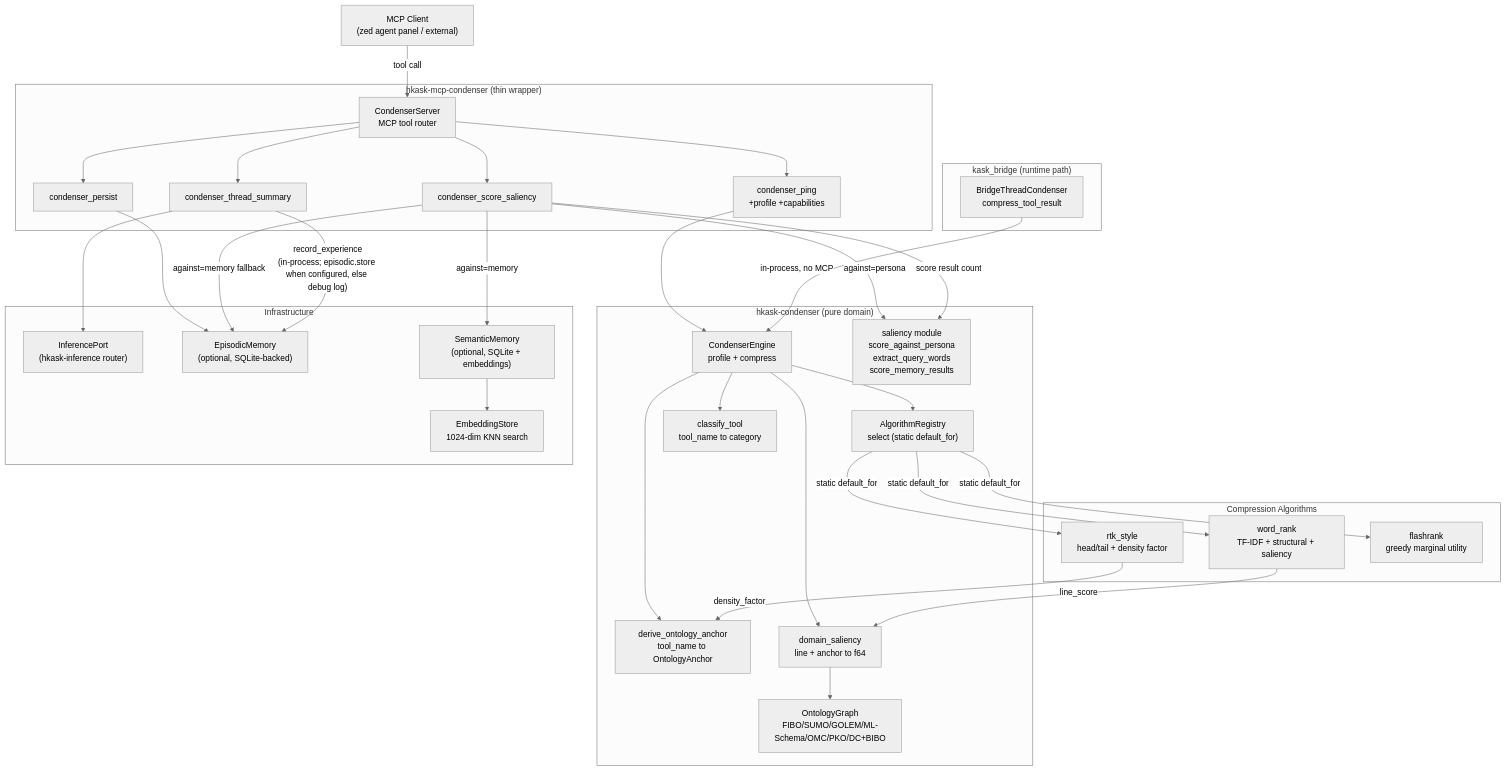
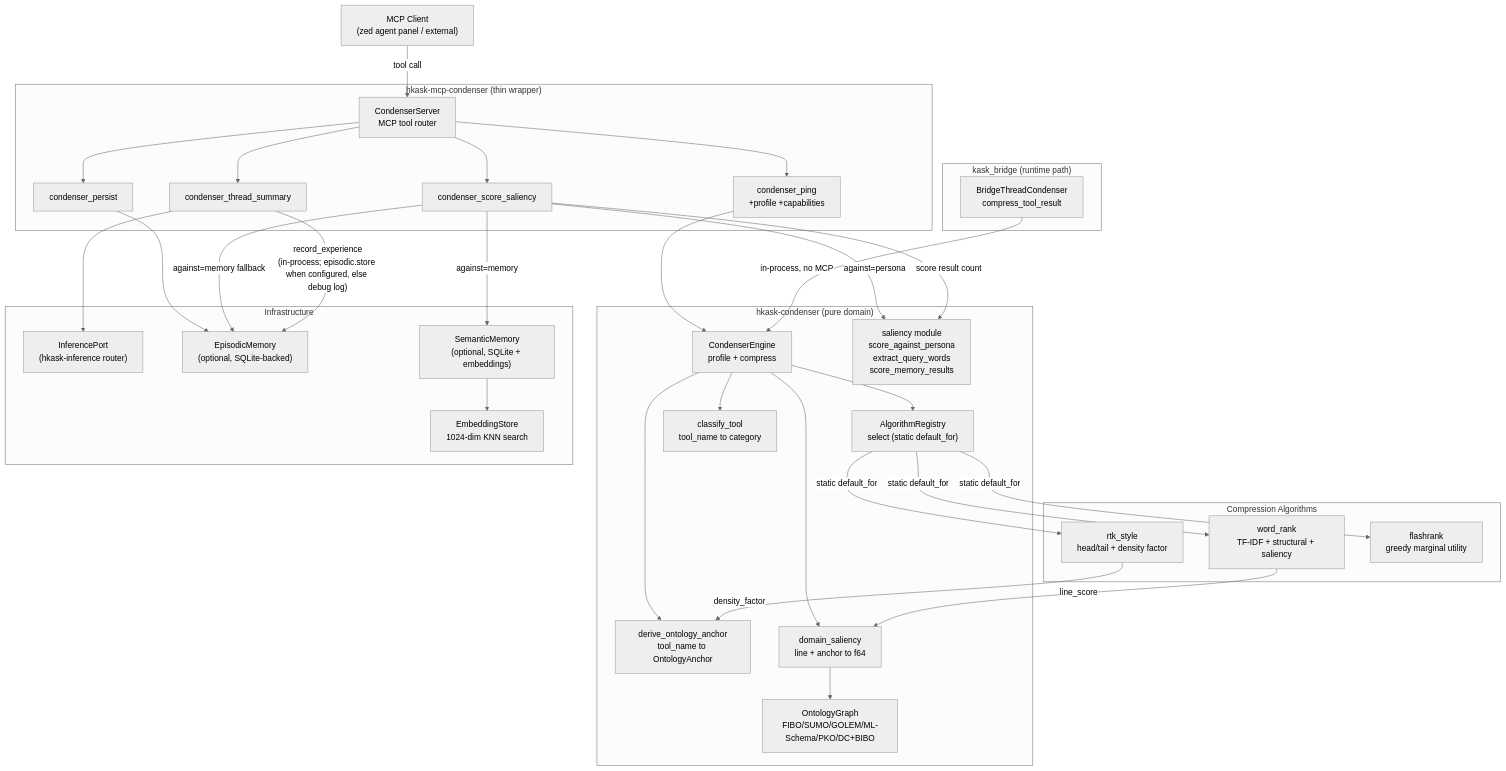
One commit to mdz-axo/zed-kask changed the diagram in kask/docs/reference/mcp-servers/condenser.md. Above: the diagram before and after it, drawn with Mermaid (neutral theme). The commit also changed 22 other files, not shown here.

Commit message:
``` Remove OMC ontology and media widget, add condenser axis ```

````diff
--- a/kask/docs/reference/mcp-servers/condenser.md
+++ b/kask/docs/reference/mcp-servers/condenser.md
@@ -33,71 +33,71 @@
 ```mermaid
 flowchart TD
     Client["MCP Client\n(zed agent panel / external)"]
 
     subgraph Wrapper["hkask-mcp-condenser (thin wrapper)"]
         Server["CondenserServer\nMCP tool router"]
         Ping["condenser_ping\n+profile +capabilities"]
         Persist["condenser_persist"]
         ThreadSummary["condenser_thread_summary"]
         ScoreSaliency["condenser_score_saliency"]
     end
 
     subgraph Domain["hkask-condenser (pure domain)"]
         Engine["CondenserEngine\nprofile + compress"]
         Registry["AlgorithmRegistry\nselect (static default_for)"]
         ClassifyFn["classify_tool\ntool_name to category"]
         AnchorFn["derive_ontology_anchor\ntool_name to OntologyAnchor"]
         SaliencyFn["domain_saliency\nline + anchor to f64"]
         SaliencyModule["saliency module\nscore_against_persona\nextract_query_words\nscore_memory_results"]
-        OntologyGraph["OntologyGraph\nFIBO/SUMO/GOLEM/ML-Schema/OMC/PKO/DC+BIBO"]
+        OntologyGraph["OntologyGraph\nFIBO/SUMO/GOLEM/ML-Schema/PKO/DC+BIBO"]
     end
 
     subgraph Algos["Compression Algorithms"]
         Rtk["rtk_style\nhead/tail + density factor"]
         WordRank["word_rank\nTF-IDF + structural + saliency"]
         Flashrank["flashrank\ngreedy marginal utility"]
     end
 
     subgraph Bridge["kask_bridge (runtime path)"]
         BridgeCondenser["BridgeThreadCondenser\ncompress_tool_result"]
     end
 
     subgraph Infra["Infrastructure"]
         InferencePort["InferencePort\n(hkask-inference router)"]
         Episodic["EpisodicMemory\n(optional, SQLite-backed)"]
         Semantic["SemanticMemory\n(optional, SQLite + embeddings)"]
         EmbeddingStore["EmbeddingStore\n1024-dim KNN search"]
     end
 
     Client -->|"tool call"| Server
     Server --> Ping
     Server --> Persist
     Server --> ThreadSummary
     Server --> ScoreSaliency
 
     Ping --> Engine
     BridgeCondenser -->|"in-process, no MCP"| Engine
 
     Engine --> Registry
     Engine --> ClassifyFn
     Engine --> AnchorFn
     Engine --> SaliencyFn
     SaliencyFn --> OntologyGraph
 
     Registry -->|"static default_for"| Rtk
     Registry -->|"static default_for"| WordRank
     Registry -->|"static default_for"| Flashrank
 
     Rtk -->|"density_factor"| AnchorFn
     WordRank -->|"line_score"| SaliencyFn
 
     Persist --> Episodic
     ThreadSummary --> InferencePort
     ScoreSaliency -->|"against=persona"| SaliencyModule
     ScoreSaliency -->|"against=memory"| Semantic
     ScoreSaliency -->|"against=memory fallback"| Episodic
     ScoreSaliency -->|"score result count"| SaliencyModule
     Semantic --> EmbeddingStore
 
     ThreadSummary -->|"record_experience\n(in-process; episodic.store when configured, else debug log)"| Episodic
 ```
````
